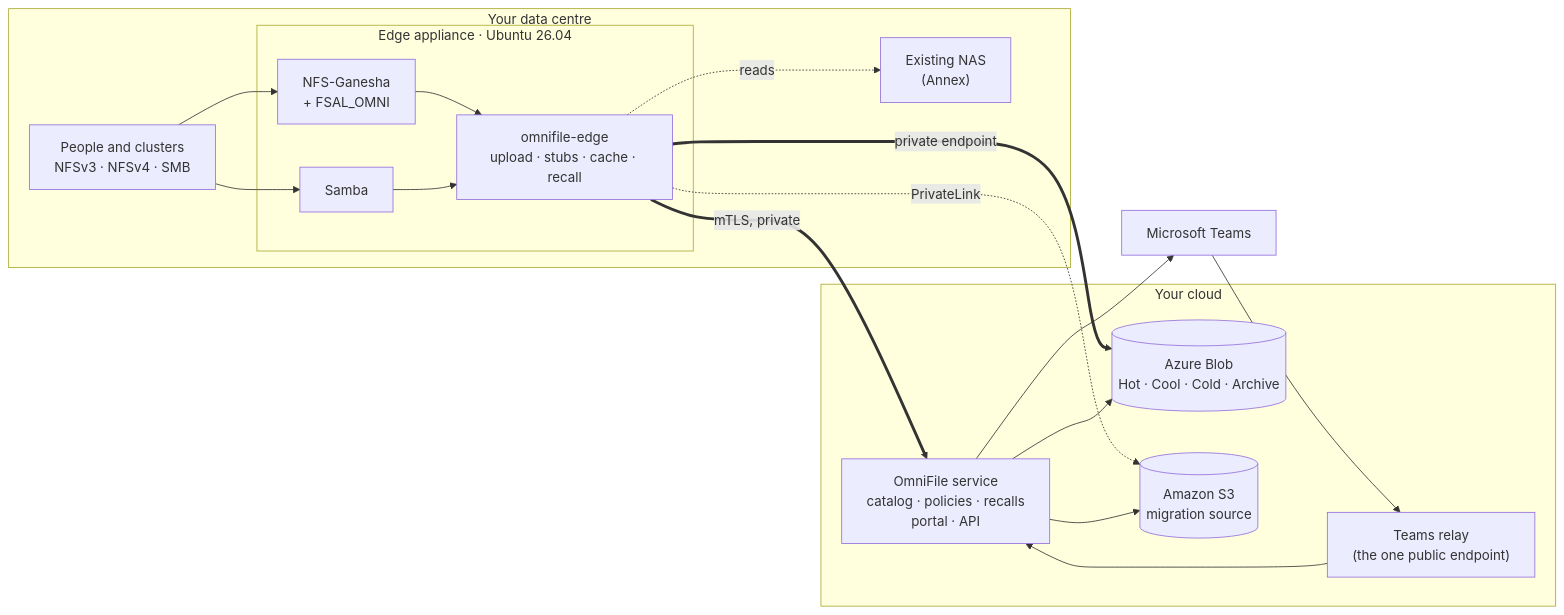
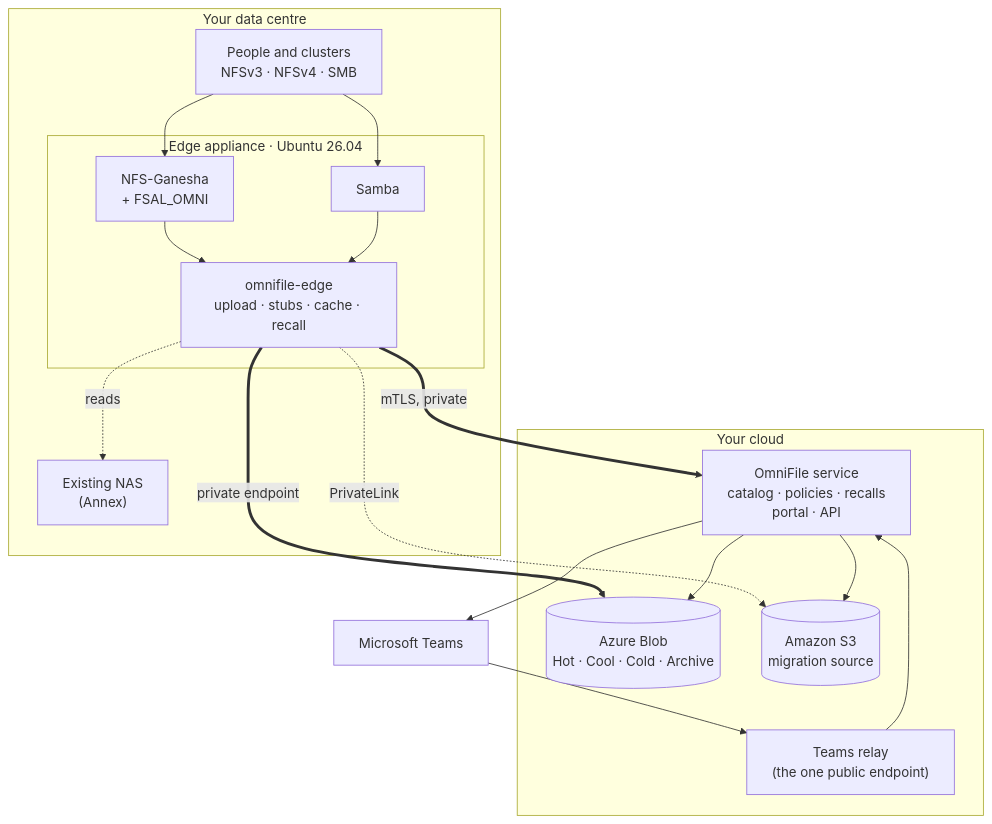
One commit to MichaelDanCurtis/OmniFile changed the diagram in README.md. Above: the diagram before and after it, drawn with Mermaid.

Commit message:
OmniFile Gateway 0.1.0: snapshot of 2026-11-16

````diff
--- a/README.md
+++ b/README.md
@@ -78,29 +78,29 @@
 ```mermaid
-flowchart LR
+flowchart TB
     subgraph site["Your data centre"]
         users["People and clusters<br/>NFSv3 · NFSv4 · SMB"]
         subgraph edge["Edge appliance · Ubuntu 26.04"]
             ganesha["NFS-Ganesha<br/>+ FSAL_OMNI"]
             samba["Samba"]
             daemon["omnifile-edge<br/>upload · stubs · cache · recall"]
         end
         nas["Existing NAS<br/>(Annex)"]
     end
     subgraph cloud["Your cloud"]
         service["OmniFile service<br/>catalog · policies · recalls<br/>portal · API"]
         blob[("Azure Blob<br/>Hot · Cool · Cold · Archive")]
         s3[("Amazon S3<br/>migration source")]
         relay["Teams relay<br/>(the one public endpoint)"]
     end
     teams["Microsoft Teams"]
 
     users --> ganesha & samba
     ganesha & samba --> daemon
     daemon -. reads .-> nas
     daemon == "mTLS, private" ==> service
     daemon == "private endpoint" ==> blob
     daemon -. "PrivateLink" .-> s3
     service --> blob & s3
     service --> teams
     teams --> relay --> service
 ```
````
